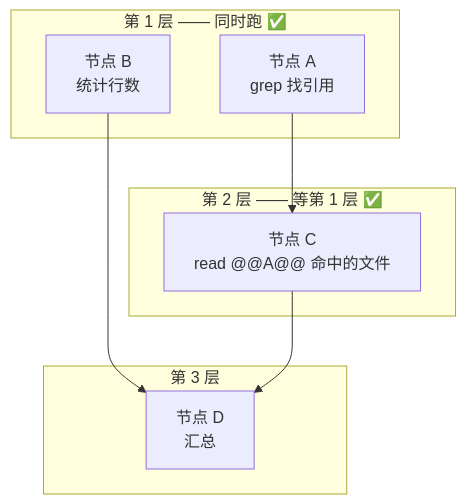
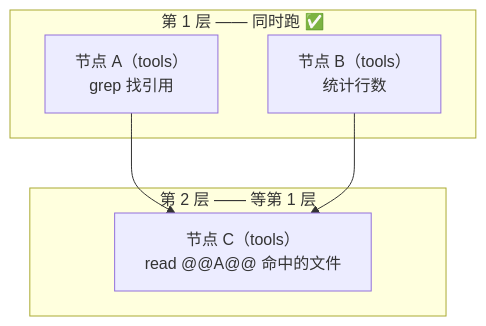
Before and after one commit to zyn19940107/dsh-conductor: the third of 3 diagrams in README.md, drawn with Mermaid. The commit also changed other lines of this file and 1 other file, not shown here.

Commit message:
README 重写:每轮四步循环、图的结构、三条强制、实测数据

````diff
--- a/README.md
+++ b/README.md
@@ -30,16 +59,12 @@
 ```mermaid
 flowchart TD
     subgraph L1["第 1 层 —— 同时跑 ✅"]
-      A["节点 A<br/>grep 找引用"]
-      B["节点 B<br/>统计行数"]
+      A["节点 A（tools）<br/>grep 找引用"]
+      B["节点 B（tools）<br/>统计行数"]
     end
-    subgraph L2["第 2 层 —— 等第 1 层 ✅"]
-      C["节点 C<br/>read @@A@@ 命中的文件"]
-    end
-    subgraph L3["第 3 层"]
-      D["节点 D<br/>汇总"]
+    subgraph L2["第 2 层 —— 等第 1 层"]
+      C["节点 C（tools）<br/>read @@A@@ 命中的文件"]
     end
     A --> C
-    B --> D
-    C --> D
+    B --> C
 ```
````
